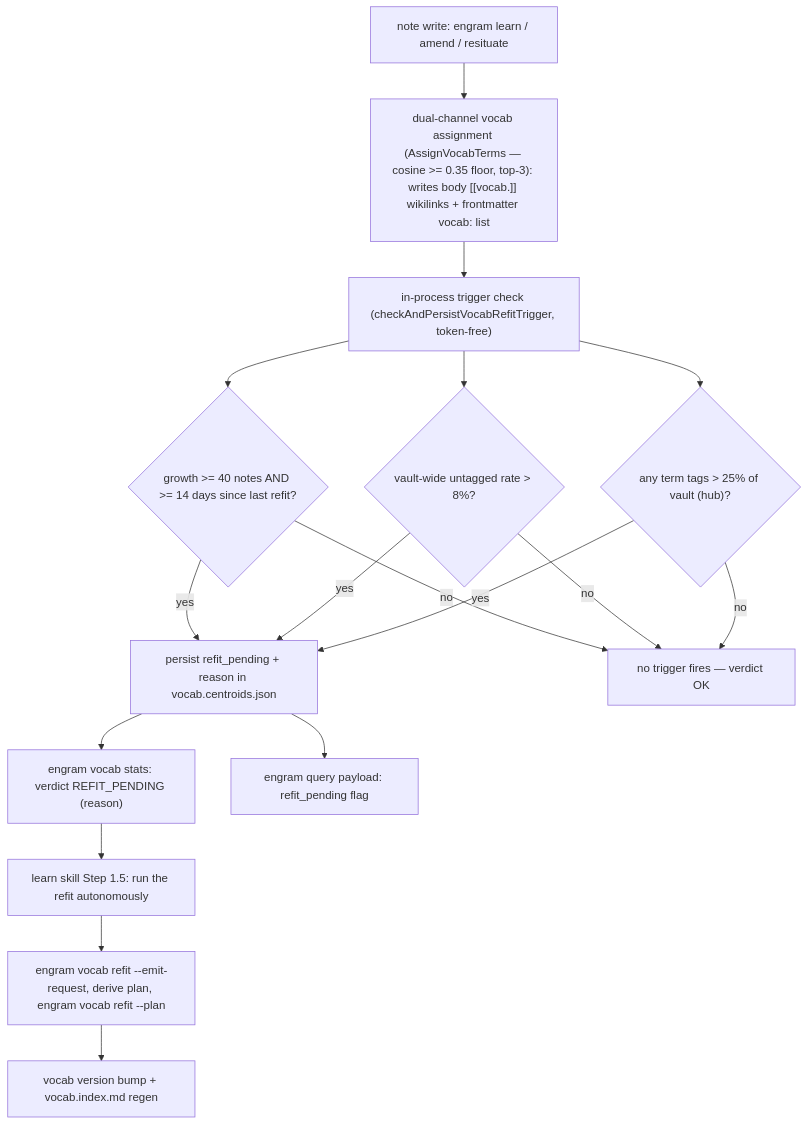
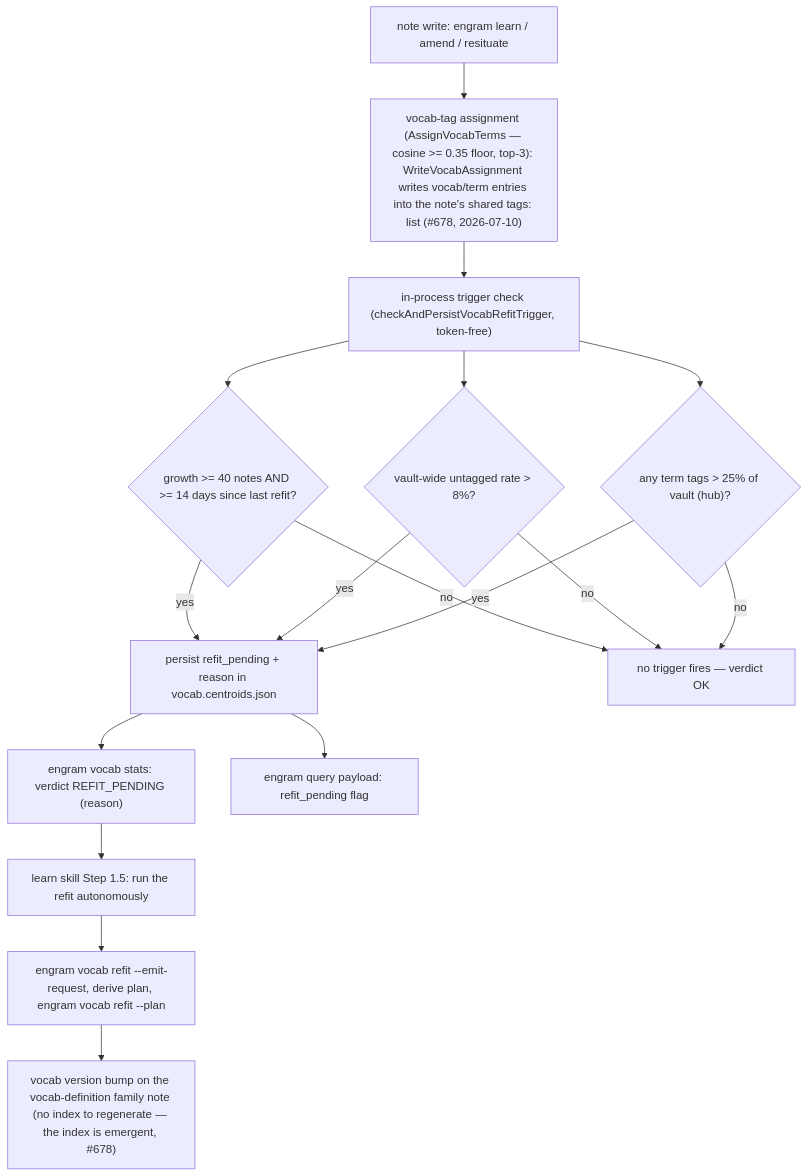
One commit to toejough/engram changed the seventh of 8 diagrams in docs/architecture/c2-containers.md. Above: the diagram before and after it, drawn with Mermaid. The commit also changed other lines of this file and 7 other files, not shown here.

````diff
--- a/docs/architecture/c2-containers.md
+++ b/docs/architecture/c2-containers.md
@@ -233,19 +233,19 @@
 ```mermaid
 flowchart TD
-    W["note write: engram learn / amend / resituate"] --> D["dual-channel vocab assignment (AssignVocabTerms — cosine >= 0.35 floor, top-3): writes body [[vocab.<term>]] wikilinks + frontmatter vocab: list"]
+    W["note write: engram learn / amend / resituate"] --> D["vocab-tag assignment (AssignVocabTerms — cosine >= 0.35 floor, top-3): WriteVocabAssignment writes vocab/term entries into the note's shared tags: list (#678, 2026-07-10)"]
     D --> TR["in-process trigger check (checkAndPersistVocabRefitTrigger, token-free)"]
     TR --> G{"growth >= 40 notes AND >= 14 days since last refit?"}
     TR --> U{"vault-wide untagged rate > 8%?"}
     TR --> H{"any term tags > 25% of vault (hub)?"}
     G -->|yes| RP["persist refit_pending + reason in vocab.centroids.json"]
     U -->|yes| RP
     H -->|yes| RP
     G -->|no| OK["no trigger fires — verdict OK"]
     U -->|no| OK
     H -->|no| OK
     RP --> ST["engram vocab stats: verdict REFIT_PENDING (reason)"]
     RP --> PF["engram query payload: refit_pending flag"]
     ST --> L15["learn skill Step 1.5: run the refit autonomously"]
     L15 --> ER["engram vocab refit --emit-request, derive plan, engram vocab refit --plan"]
-    ER --> VB["vocab version bump + vocab.index.md regen"]
+    ER --> VB["vocab version bump on the vocab-definition family note (no index to regenerate — the index is emergent, #678)"]
 ```
````
